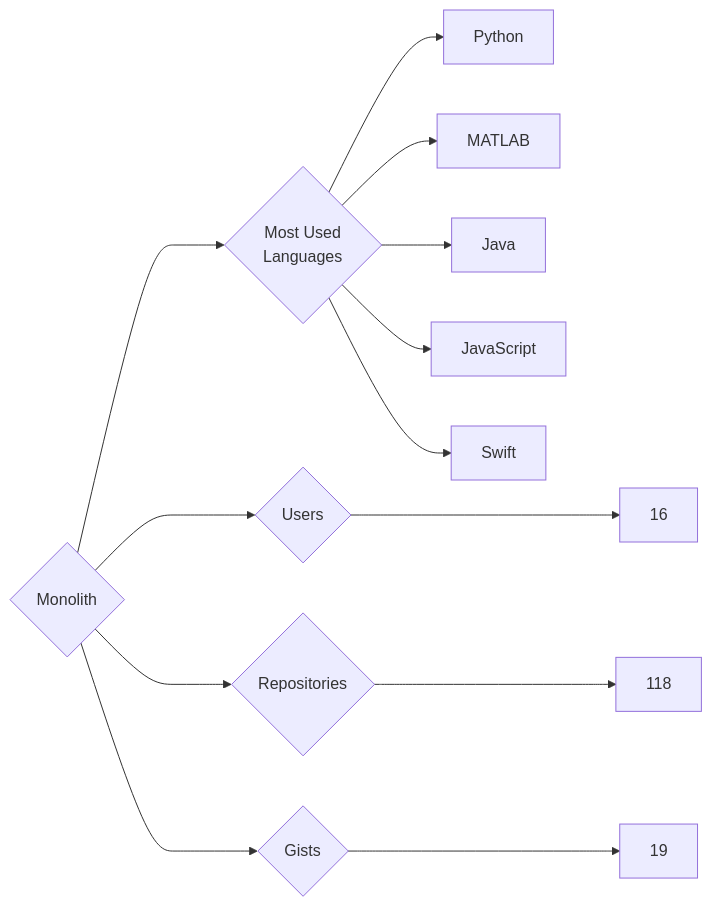
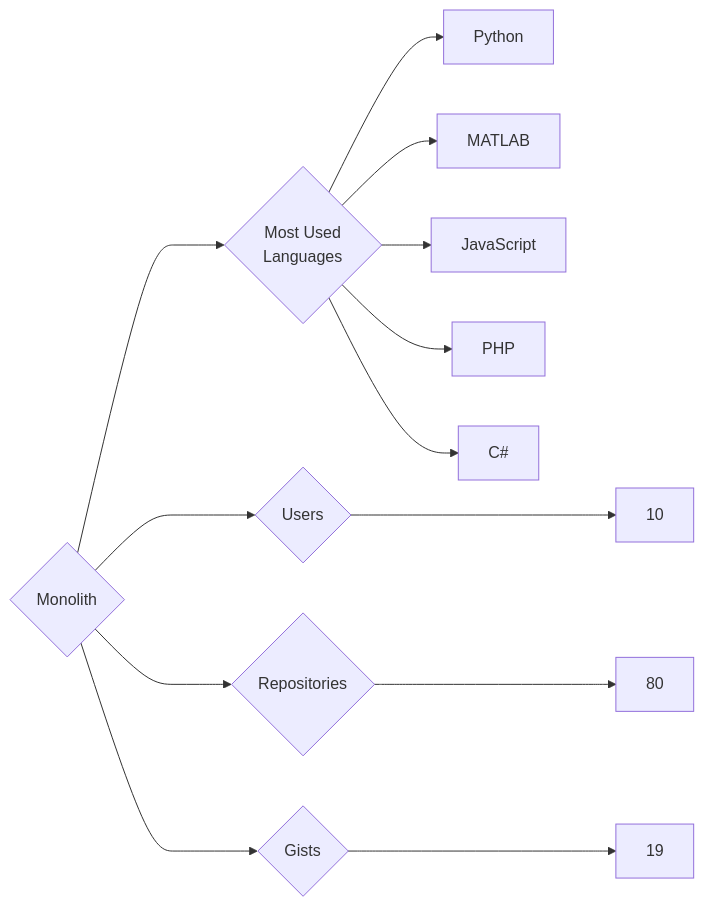
One commit to trickest/insiders changed the diagram in targets/Monolith/README.md. Above: the diagram before and after it, drawn with Mermaid. The commit also changed 796 other files, not shown here.

````diff
--- a/targets/Monolith/README.md
+++ b/targets/Monolith/README.md
@@ -3,13 +3,13 @@
 ```mermaid
 graph LR
 COMPANY_NAME{Monolith}
-COMPANY_NAME ---> U{Users} ---> UN[16]
-COMPANY_NAME ---> R{Repositories} ---> RN[118]
+COMPANY_NAME ---> U{Users} ---> UN[10]
+COMPANY_NAME ---> R{Repositories} ---> RN[80]
 COMPANY_NAME ---> G{Gists} ---> GN[19]
 COMPANY_NAME ---> ML{Most Used<br>Languages}
 ML --> Python[Python]
 ML --> MATLAB[MATLAB]
-ML --> Java[Java]
 ML --> JavaScript[JavaScript]
-ML --> Swift[Swift]
+ML --> PHP[PHP]
+ML --> C#[C#]
 ```
````
